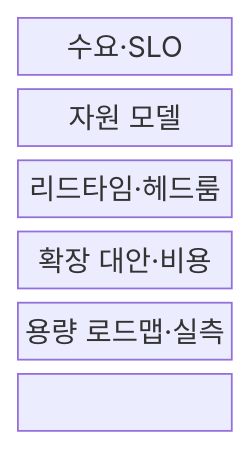
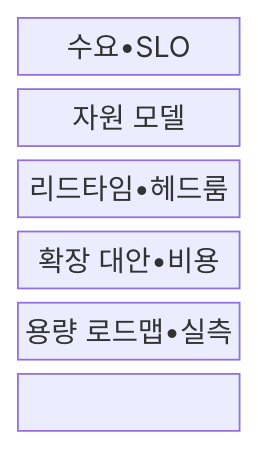
The first of 2 diagrams in src/content/docs/notes/06-evaluation/050_capacity_planning.md (agnusdei1207/knowledge-base), drawn with Mermaid before and after one commit. The commit also changed other lines of this file and 953 other files, not shown here.

````diff
--- a/src/content/docs/notes/06-evaluation/050_capacity_planning.md
+++ b/src/content/docs/notes/06-evaluation/050_capacity_planning.md
@@ -66,11 +66,11 @@
 ```mermaid
 block-beta
   columns 1
-  D["수요·SLO"]
+  D["수요•SLO"]
   M["자원 모델"]
-  H["리드타임·헤드룸"]
-  A["확장 대안·비용"]
-  R["용량 로드맵·실측"]
+  H["리드타임•헤드룸"]
+  A["확장 대안•비용"]
+  R["용량 로드맵•실측"]
   D --> M --> H
   H --> A --> R
 ```
````
